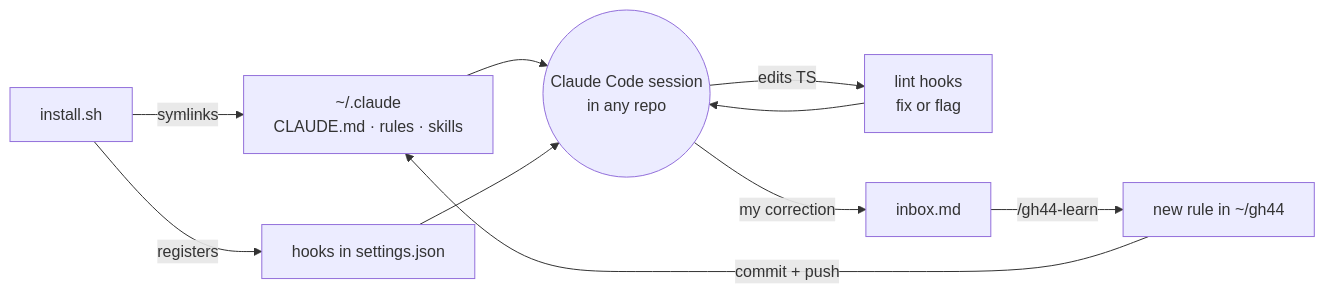
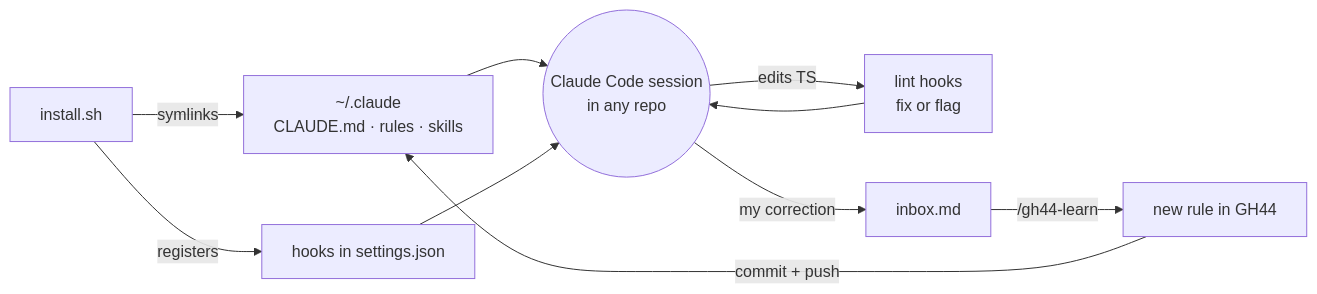
The first of 2 diagrams in README.md (gentrithalili1/gh44), drawn with Mermaid before and after one commit. The commit also changed other lines of this file and 3 other files, not shown here.

````diff
--- a/README.md
+++ b/README.md
@@ -48,12 +48,12 @@
 ```mermaid
 flowchart LR
     I[install.sh] -->|symlinks| C["~/.claude<br/>CLAUDE.md · rules · skills"]
     I -->|registers| H[hooks in settings.json]
     C --> S((Claude Code session<br/>in any repo))
     H --> S
     S -->|edits TS| L[lint hooks<br/>fix or flag]
     L --> S
     S -->|my correction| N[inbox.md]
-    N -->|/gh44-learn| R[new rule in ~/gh44]
+    N -->|/gh44-learn| R[new rule in GH44]
     R -->|commit + push| C
 ```
````
